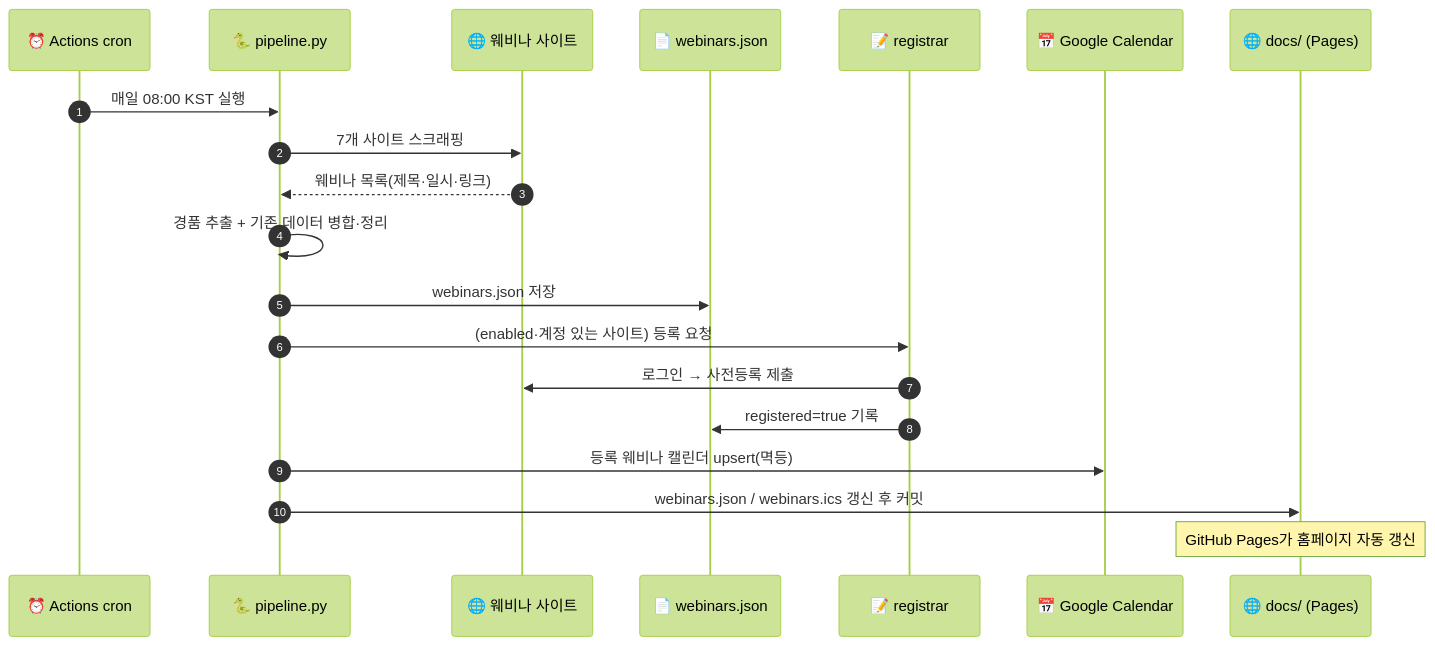
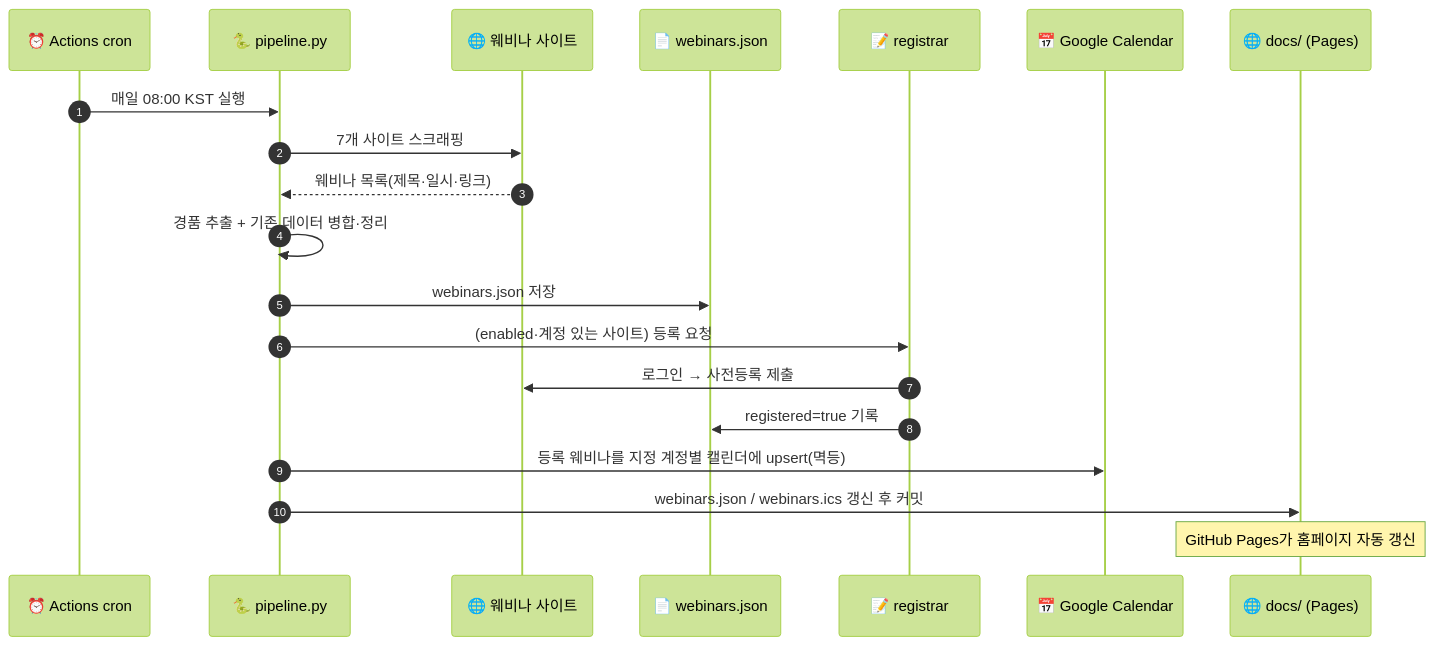
The second of 2 diagrams in README.md (leemgs/webinar-auto-registration), drawn with Mermaid (forest theme) before and after one commit. The commit also changed other lines of this file, not shown here.

````diff
--- a/README.md
+++ b/README.md
@@ -91,23 +92,23 @@
 ```mermaid
 sequenceDiagram
     autonumber
     participant CR as ⏰ Actions cron
     participant PP as 🐍 pipeline.py
     participant ST as 🌐 웨비나 사이트
     participant DB as 📄 webinars.json
     participant RG as 📝 registrar
     participant GC as 📅 Google Calendar
     participant PG as 🌐 docs/ (Pages)
 
     CR->>PP: 매일 08:00 KST 실행
     PP->>ST: 7개 사이트 스크래핑
     ST-->>PP: 웨비나 목록(제목·일시·링크)
     PP->>PP: 경품 추출 + 기존 데이터 병합·정리
     PP->>DB: webinars.json 저장
     PP->>RG: (enabled·계정 있는 사이트) 등록 요청
     RG->>ST: 로그인 → 사전등록 제출
     RG->>DB: registered=true 기록
-    PP->>GC: 등록 웨비나 캘린더 upsert(멱등)
+    PP->>GC: 등록 웨비나를 지정 계정별 캘린더에 upsert(멱등)
     PP->>PG: webinars.json / webinars.ics 갱신 후 커밋
     Note over PG: GitHub Pages가 홈페이지 자동 갱신
 ```
````
